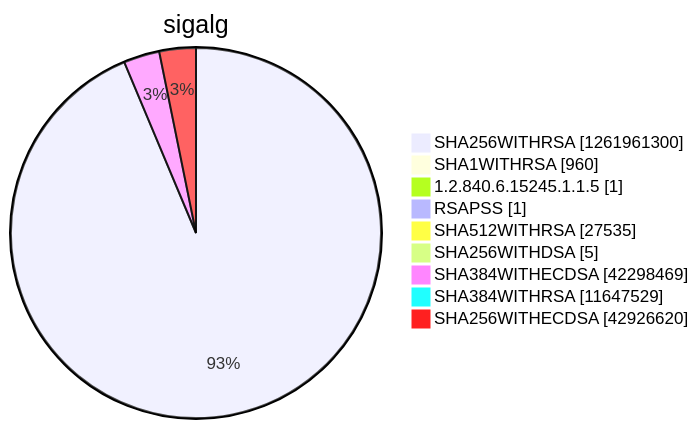
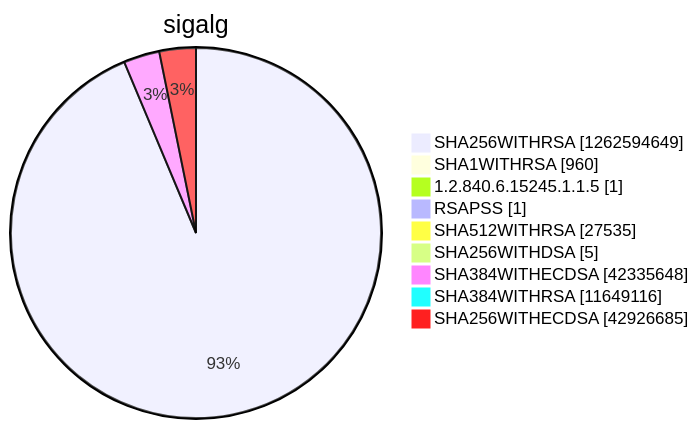
Diagram 15 of 15 in argon2022/README.md (christiankrug/ctmonitor_visualization), drawn with Mermaid before and after one commit. The commit also changed other lines of this file, not shown here.

````diff
--- a/argon2022/README.md
+++ b/argon2022/README.md
@@ -5522,13 +5522,13 @@
 ```mermaid
 pie showData
 title sigalg
-"SHA256WITHRSA" :1261961300
+"SHA256WITHRSA" :1262594649
 "SHA1WITHRSA" :960
 "1.2.840.6.15245.1.1.5" :1
 "RSAPSS" :1
 "SHA512WITHRSA" :27535
 "SHA256WITHDSA" :5
-"SHA384WITHECDSA" :42298469
-"SHA384WITHRSA" :11647529
-"SHA256WITHECDSA" :42926620
+"SHA384WITHECDSA" :42335648
+"SHA384WITHRSA" :11649116
+"SHA256WITHECDSA" :42926685
 ```
````
